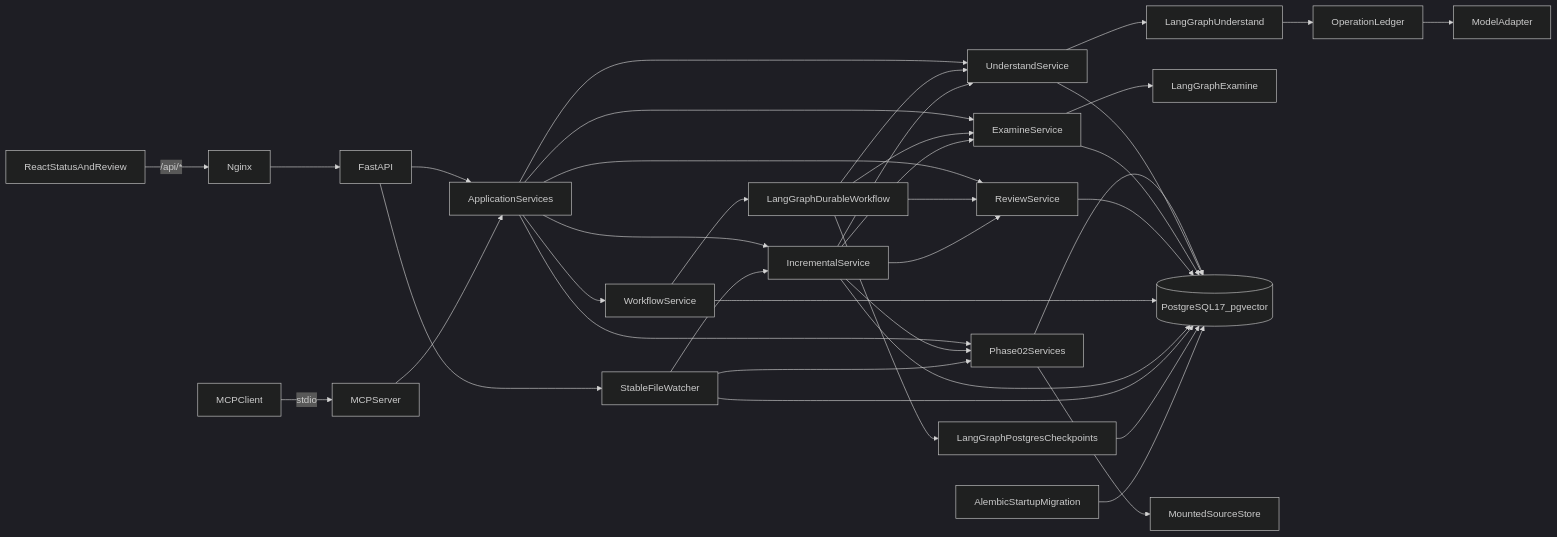
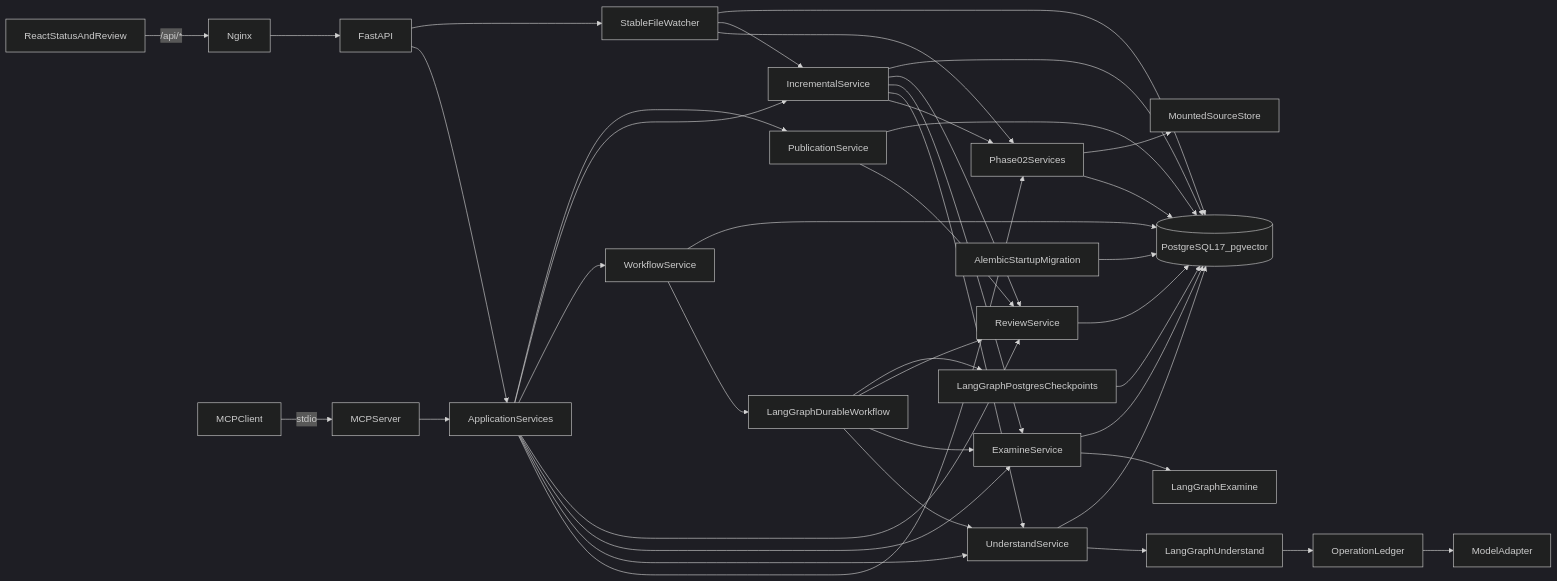
Before and after one commit to Rahul9214/doctask-rahul-ranjan: the first of 6 diagrams in docs/architecture.md, drawn with Mermaid (dark theme). The commit also changed other lines of this file and 52 other files, not shown here.

````diff
--- a/docs/architecture.md
+++ b/docs/architecture.md
@@ -69,40 +62,43 @@
 ```mermaid
 flowchart LR
     Browser[ReactStatusAndReview] -->|/api/*| Nginx[Nginx]
     Nginx --> API[FastAPI]
     Machine[MCPClient] -->|stdio| MCP[MCPServer]
     API --> Services[ApplicationServices]
     MCP --> Services
     Services --> P2[Phase02Services]
     Services --> P3[UnderstandService]
     Services --> P4[ExamineService]
     Services --> P5[ReviewService]
     Services --> P6[WorkflowService]
     Services --> P7[IncrementalService]
+    Services --> P10[PublicationService]
+    P10 --> P5
+    P10 --> DB
     API --> Watch[StableFileWatcher]
     P6 --> DurableGraph[LangGraphDurableWorkflow]
     DurableGraph --> P3
     DurableGraph --> P4
     DurableGraph --> P5
     P7 --> P2
     P7 --> P3
     P7 --> P4
     P7 --> P5
     Watch --> P2
     Watch --> P7
     P3 --> Graph[LangGraphUnderstand]
     P4 --> ExamineGraph[LangGraphExamine]
     Graph --> Ledger[OperationLedger]
     Ledger --> Model[ModelAdapter]
     P2 --> DB[(PostgreSQL17_pgvector)]
     P3 --> DB
     P4 --> DB
     P5 --> DB
     P6 --> DB
     P7 --> DB
     Watch --> DB
     DurableGraph --> Checkpoints[LangGraphPostgresCheckpoints]
     Checkpoints --> DB
     P2 --> Store[MountedSourceStore]
     Alembic[AlembicStartupMigration] --> DB
 ```
````
